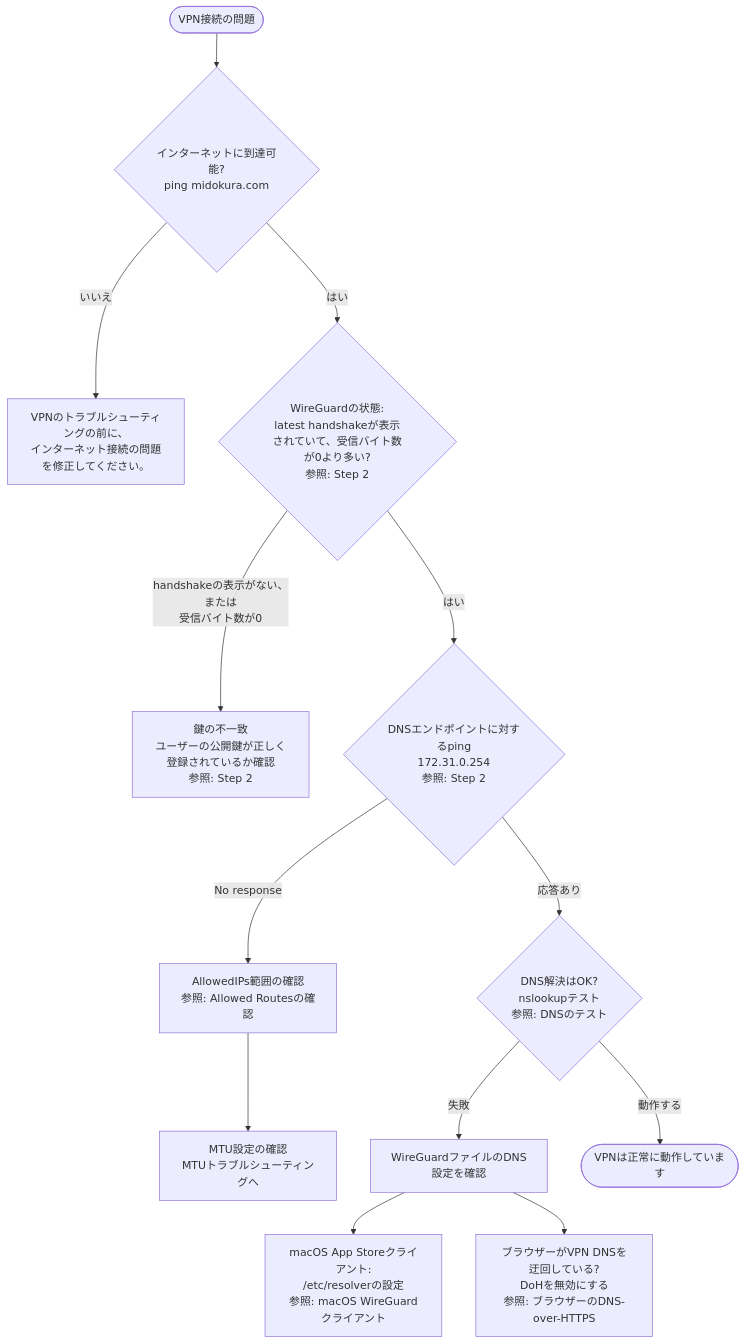
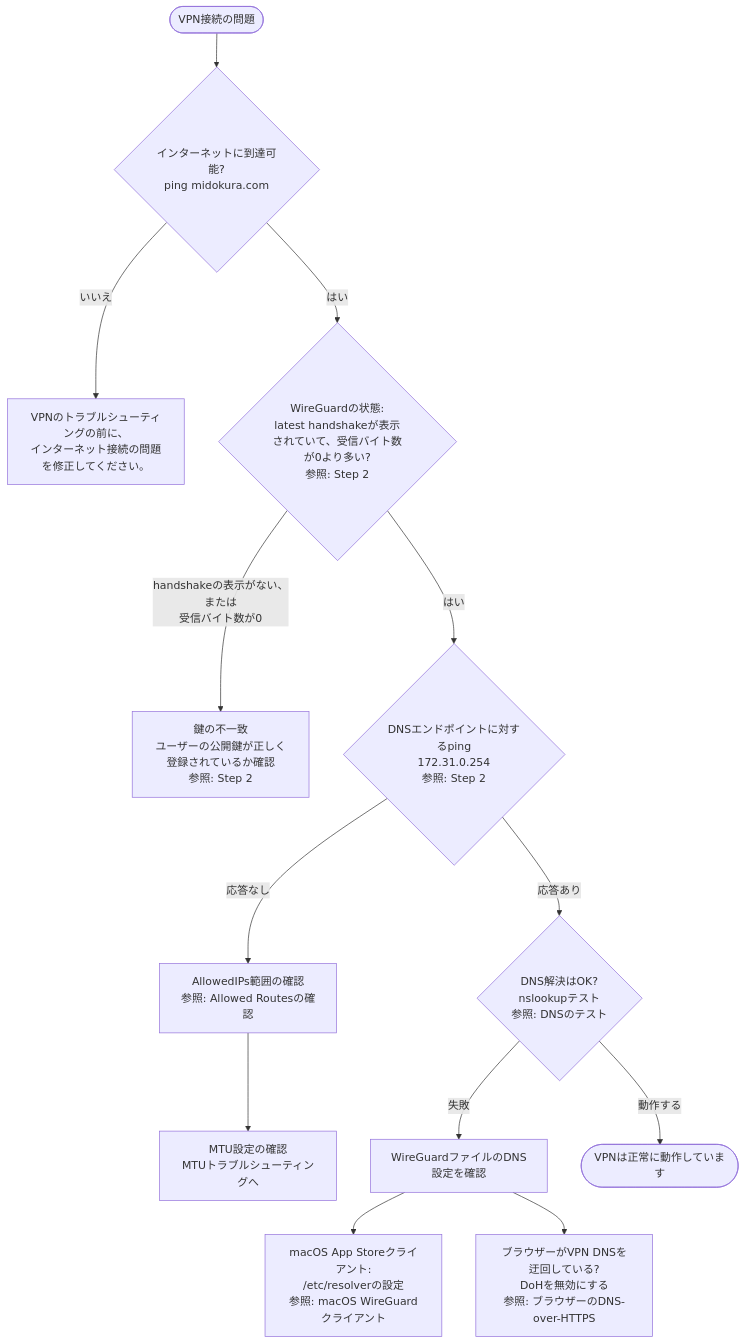
The diagram in i18n/ja/docusaurus-plugin-content-docs/current/service-operator/VPN_CONFIGURATION.md (midokura/phoenix-documentation), drawn with Mermaid before and after one commit.

Commit message:
ja VPN_CONFIGURATION.md: translate "No response"

````diff
--- a/i18n/ja/docusaurus-plugin-content-docs/current/service-operator/VPN_CONFIGURATION.md
+++ b/i18n/ja/docusaurus-plugin-content-docs/current/service-operator/VPN_CONFIGURATION.md
@@ -99,15 +99,15 @@
 ```mermaid
 flowchart TD
     Start([VPN接続の問題]) --> NetCheck{"インターネットに到達可能?\nping midokura.com"}
     NetCheck -- いいえ --> NetFail["VPNのトラブルシューティングの前に、\nインターネット接続の問題を修正してください。"]
     NetCheck -- はい --> WGCheck{"WireGuardの状態:\nlatest handshakeが表示されていて、受信バイト数が0より多い?\n参照: Step 2"}
     WGCheck -- "handshakeの表示がない、または\n受信バイト数が0" --> KeyFail["鍵の不一致\nユーザーの公開鍵が正しく登録されているか確認\n参照: Step 2"]
     WGCheck -- はい --> DNSPing{"DNSエンドポイントに対するping\n172.31.0.254\n参照: Step 2"}
-    DNSPing -- "No response" --> Routes["AllowedIPs範囲の確認\n参照: Allowed Routesの確認"]
+    DNSPing -- 応答なし --> Routes["AllowedIPs範囲の確認\n参照: Allowed Routesの確認"]
     Routes --> MTU["MTU設定の確認\nMTUトラブルシューティングへ"]
     DNSPing -- 応答あり --> DNSCheck{"DNS解決はOK?\nnslookupテスト\n参照: DNSのテスト"}
     DNSCheck -- 失敗 --> DNSConfig["WireGuardファイルのDNS設定を確認"]
     DNSConfig --> MacOSNote["macOS App Storeクライアント:\n/etc/resolverの設定\n参照: macOS WireGuardクライアント"]
     DNSConfig --> DoH["ブラウザーがVPN DNSを迂回している?\nDoHを無効にする\n参照: ブラウザーのDNS-over-HTTPS"]
     DNSCheck -- 動作する --> Done([VPNは正常に動作しています])
 ```
````
